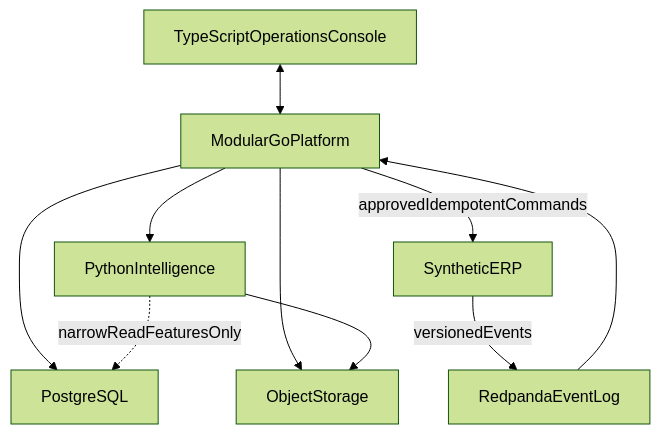
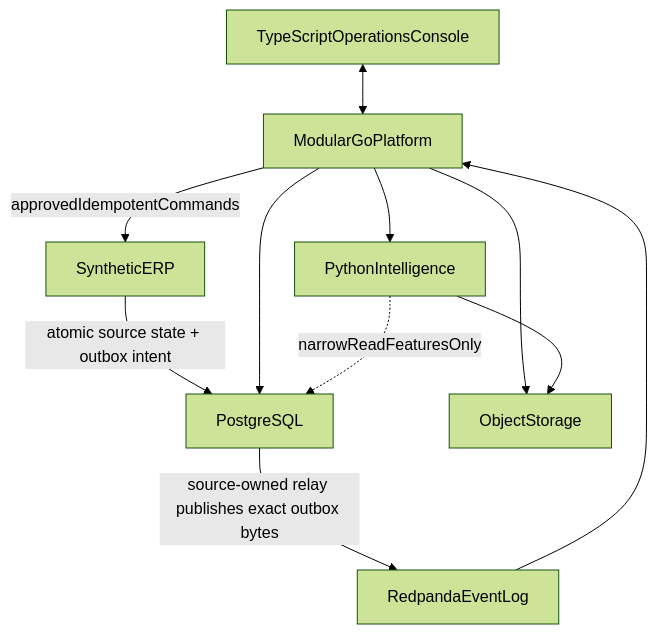
The first of 3 diagrams in ARCHITECTURE.md (G1DO/seshatops), drawn with Mermaid (forest theme) before and after one commit. The commit also changed other lines of this file and 13 other files, not shown here.

````diff
--- a/ARCHITECTURE.md
+++ b/ARCHITECTURE.md
@@ -42,19 +47,20 @@
 ```mermaid
 flowchart TB
   UI[TypeScriptOperationsConsole]
   GO[ModularGoPlatform]
   PY[PythonIntelligence]
   ERP[SyntheticERP]
   BUS[RedpandaEventLog]
   PG[PostgreSQL]
   OBJ[ObjectStorage]
   UI <--> GO
-  ERP -->|versionedEvents| BUS
+  ERP -->|atomic source state + outbox intent| PG
+  PG -->|source-owned relay publishes exact outbox bytes| BUS
   BUS --> GO
   GO --> PY
   GO --> PG
   PY -.->|narrowReadFeaturesOnly| PG
   GO --> OBJ
   PY --> OBJ
   GO -->|approvedIdempotentCommands| ERP
 ```
````
